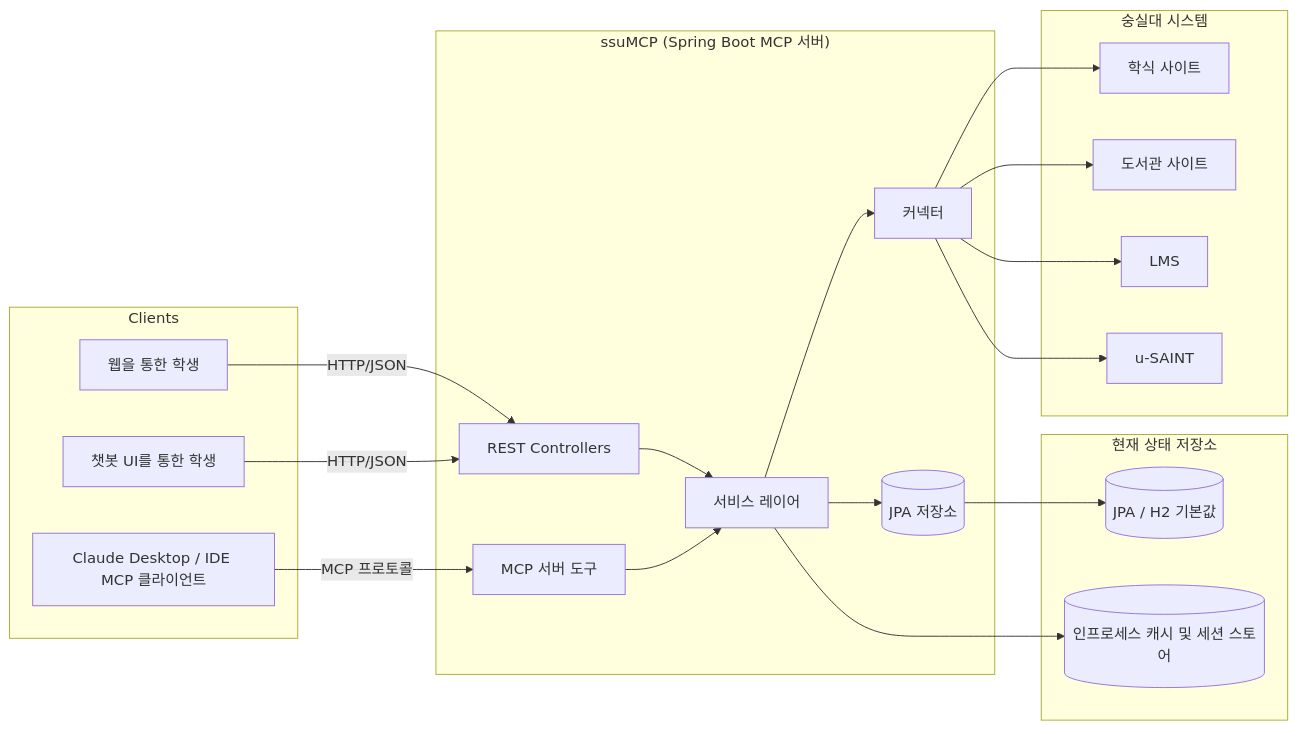
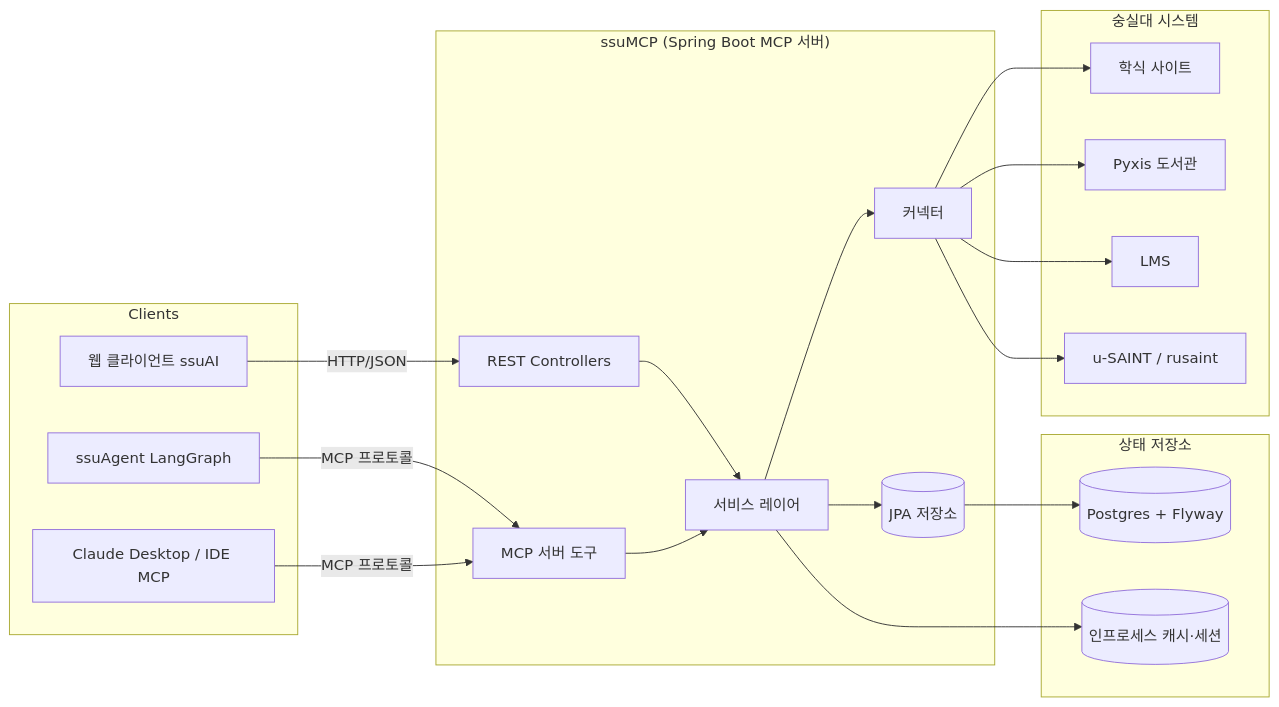
One commit to hoeongj/ssuMCP changed the second of 3 diagrams in docs/architecture.md. Above: the diagram before and after it, drawn with Mermaid. The commit also changed other lines of this file and 4 other files, not shown here.

Commit message:
docs: add EPIC 10 portfolio artifacts — failure scenarios, interview Q&A, architecture diagram, README highlights

````diff
--- a/docs/architecture.md
+++ b/docs/architecture.md
@@ -18,42 +95,42 @@
 ```mermaid
 flowchart LR
     subgraph Clients
-        U1[웹을 통한 학생]
-        U2[챗봇 UI를 통한 학생]
-        U3[Claude Desktop / IDE MCP 클라이언트]
+        U1[웹 클라이언트 ssuAI]
+        U2[ssuAgent LangGraph]
+        U3[Claude Desktop / IDE MCP]
     end
 
     subgraph ssuMCP["ssuMCP (Spring Boot MCP 서버)"]
         REST[REST Controllers]
         MCP[MCP 서버 도구]
         SVC[서비스 레이어]
         REPO[(JPA 저장소)]
         CONN[커넥터]
     end
 
-    subgraph LocalState["현재 상태 저장소"]
-        DB[(JPA / H2 기본값)]
-        MEM[(인프로세스 캐시 및 세션 스토어)]
+    subgraph LocalState["상태 저장소"]
+        DB[(Postgres + Flyway)]
+        MEM[(인프로세스 캐시·세션)]
     end
 
     subgraph School["숭실대 시스템"]
         MEAL[학식 사이트]
-        LIB[도서관 사이트]
+        LIB[Pyxis 도서관]
         LMS[LMS]
-        USAINT[u-SAINT]
+        USAINT[u-SAINT / rusaint]
     end
 
     U1 -->|HTTP/JSON| REST
-    U2 -->|HTTP/JSON| REST
+    U2 -->|MCP 프로토콜| MCP
     U3 -->|MCP 프로토콜| MCP
     REST --> SVC
     MCP --> SVC
     SVC --> REPO
     SVC --> CONN
     REPO --> DB
     SVC --> MEM
     CONN --> MEAL
     CONN --> LIB
     CONN --> LMS
     CONN --> USAINT
 ```
````
